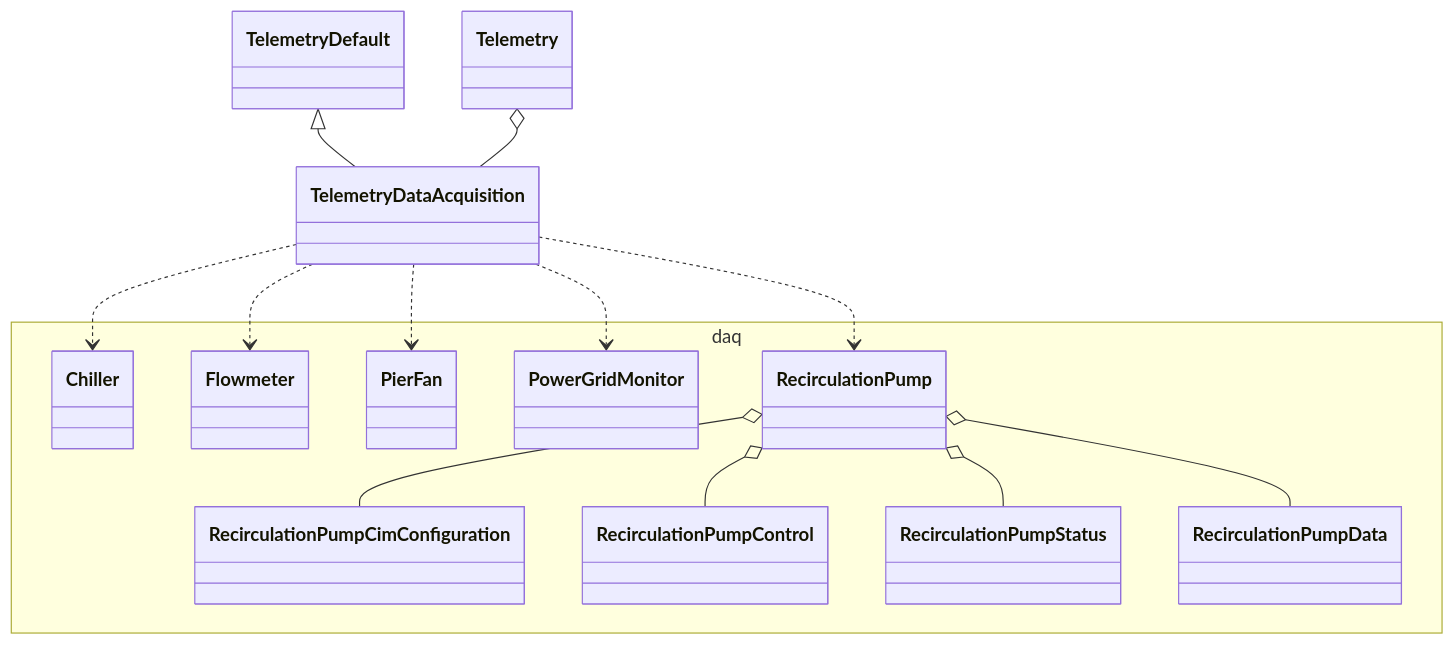
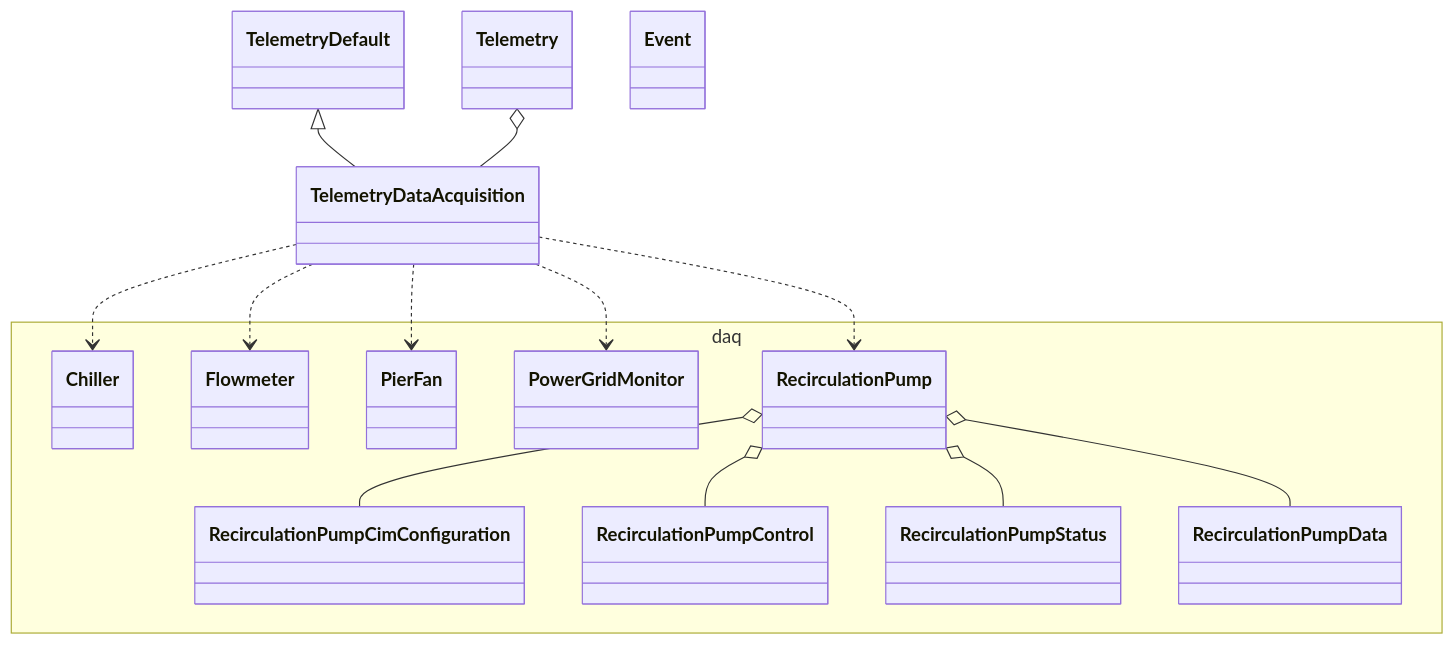
Before and after one commit to lsst-ts/ts_dynalene: the fourth of 6 diagrams in doc/class_diagram.md, drawn with Mermaid. The commit also changed other lines of this file, not shown here.

````diff
--- a/doc/class_diagram.md
+++ b/doc/class_diagram.md
@@ -61,30 +95,32 @@
 ```mermaid
 classDiagram
 
 namespace daq {
   class Chiller
   class Flowmeter
   class PierFan
   class PowerGridMonitor
   class RecirculationPump
   class RecirculationPumpCimConfiguration
   class RecirculationPumpControl
   class RecirculationPumpStatus
   class RecirculationPumpData
 }
 
 RecirculationPump o-- RecirculationPumpCimConfiguration
 RecirculationPump o-- RecirculationPumpControl
 RecirculationPump o-- RecirculationPumpStatus
 RecirculationPump o-- RecirculationPumpData
 
 TelemetryDefault <|-- TelemetryDataAcquisition
 
 TelemetryDataAcquisition ..> Chiller
 TelemetryDataAcquisition ..> Flowmeter
 TelemetryDataAcquisition ..> PierFan
 TelemetryDataAcquisition ..> PowerGridMonitor
 TelemetryDataAcquisition ..> RecirculationPump
 
 Telemetry o-- TelemetryDataAcquisition
+
+class Event
 ```
````
